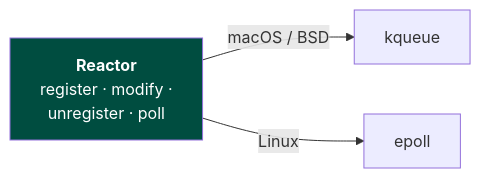
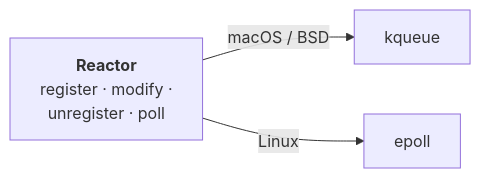
Before and after one commit to Kludex/zloop: the diagram in docs/architecture/reactor.md, drawn with Mermaid. The commit also changed other lines of this file and 15 other files, not shown here.

First line of the commit message:
Docs: fix mermaid rendering, drop hardcoded fills, em-dashes, update perf

````diff
--- a/docs/architecture/reactor.md
+++ b/docs/architecture/reactor.md
@@ -21,7 +21,6 @@
 ```mermaid
 graph LR
     R["<b>Reactor</b><br/>register · modify ·<br/>unregister · poll"]
     R -->|macOS / BSD| K["kqueue"]
     R -->|Linux| E["epoll"]
-    style R fill:#004d40,color:#fff
 ```
````
